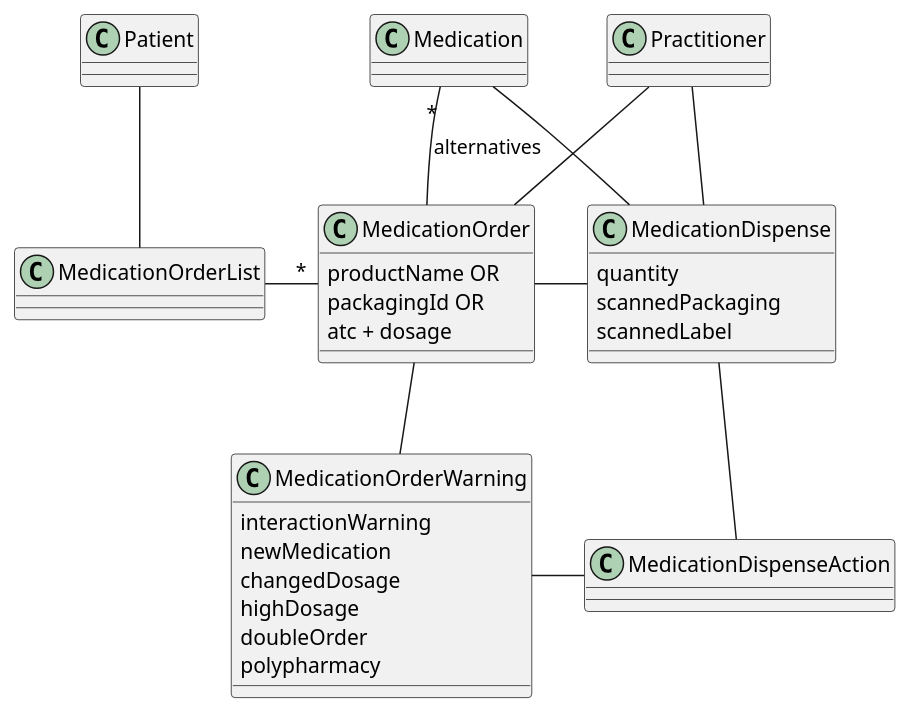
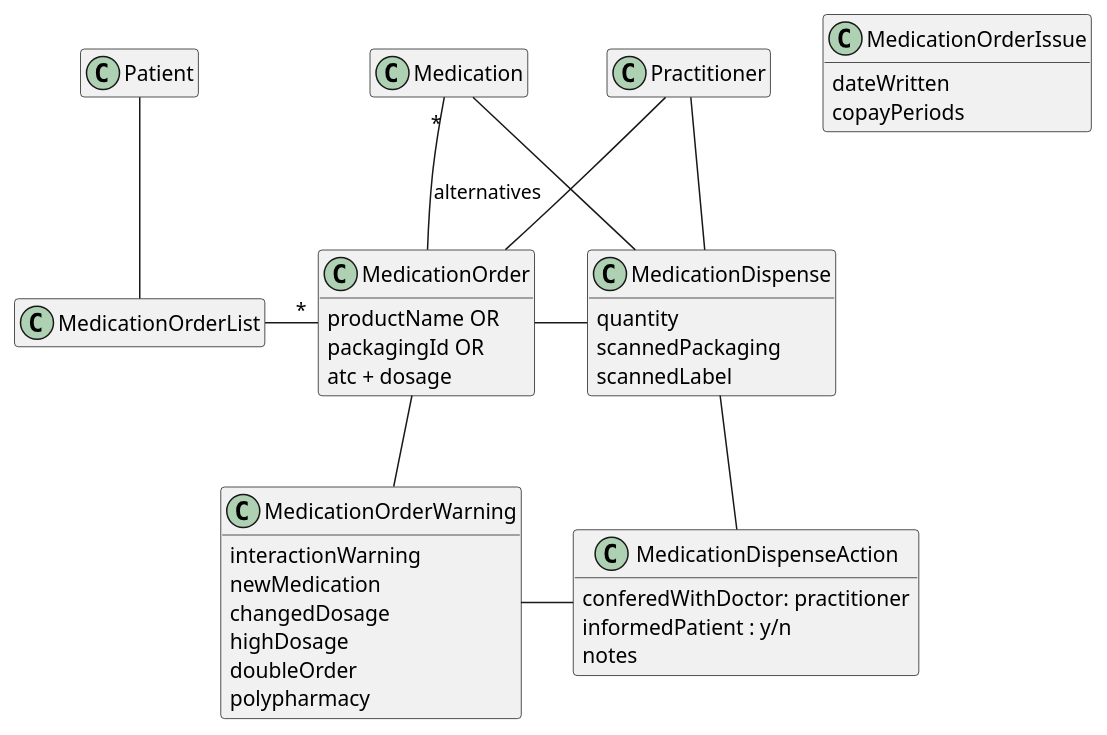
One commit to sopra-steria-norge/pharmacy.no changed the diagram in doc/class-reseptur-logisk.puml. Above: the diagram before and after it, drawn with PlantUML. The commit also changed 11 other files, not shown here.

```diff
--- a/doc/class-reseptur-logisk.puml
+++ b/doc/class-reseptur-logisk.puml
@@ -1,46 +1,57 @@
 @startuml
 
 class Patient
 
 class MedicationOrderList
 
 class MedicationOrder {
     productName OR
     packagingId OR
     atc + dosage
+}
+
+class MedicationOrderIssue {
+    dateWritten
+    copayPeriods
 }
 
 class MedicationOrderWarning {
     interactionWarning
     newMedication
     changedDosage
     highDosage
     doubleOrder
     polypharmacy
 }
 
 class Medication
 
 class Practitioner
 
 class MedicationDispense {
     quantity
     scannedPackaging
     scannedLabel    
 }
 
-class MedicationDispenseAction
+class MedicationDispenseAction {
+    conferedWithDoctor: practitioner
+    informedPatient : y/n
+    notes
+}
 
 Patient -down- MedicationOrderList
 MedicationOrderList -right- "*" MedicationOrder
 MedicationOrder -up- Practitioner
 MedicationOrder -down- MedicationOrderWarning
 MedicationOrder -right- MedicationDispense
 MedicationDispense -down- MedicationDispenseAction
 MedicationOrderWarning -right- MedicationDispenseAction
 
 MedicationOrder -up- "*" Medication: alternatives
 MedicationDispense -up- Medication
 MedicationDispense -up- Practitioner
 
+hide empty members
+hide methods
 @enduml
```
